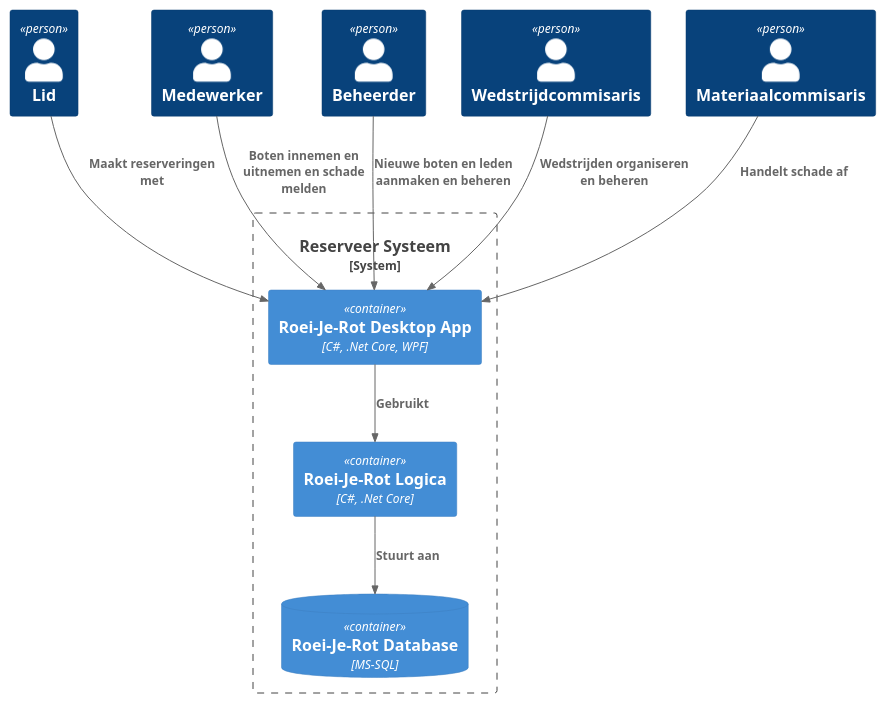
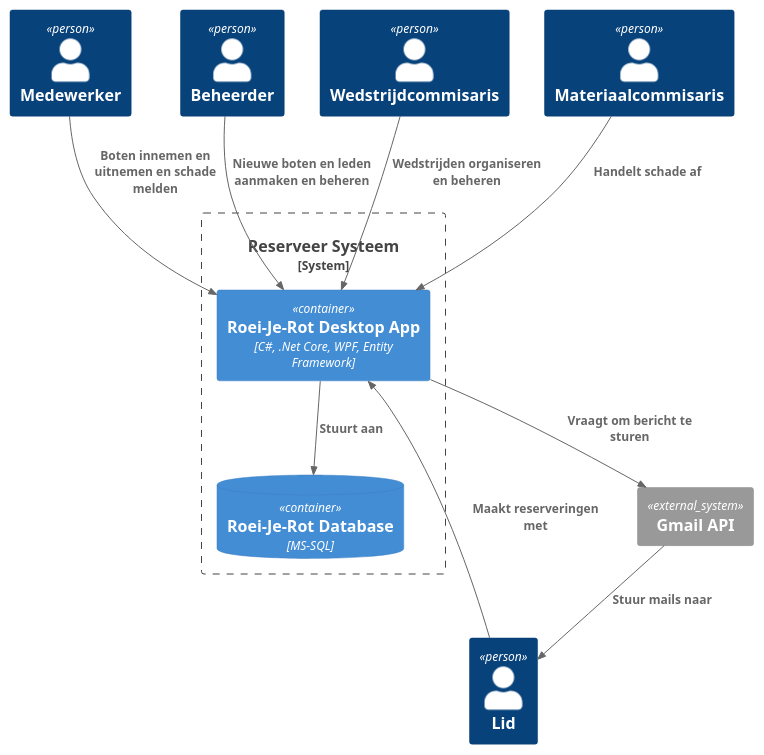
The diagram in Level-2.puml (KBS-Groep-4/tik-tok), drawn with PlantUML before and after one commit. The commit also changed 3 other files, not shown here.

```diff
--- a/Level-2.puml
+++ b/Level-2.puml
@@ -1,27 +1,30 @@
 @startuml naam
 !includeurl https://raw.githubusercontent.com/RicardoNiepel/C4-PlantUML/release/1-0/C4_Container.puml
 
 Person(lid, "Lid")
 Person(medewerker, "Medewerker")
 Person(beheerder, "Beheerder")
 Person(wedstrijdCom, "Wedstrijdcommisaris")
 Person(matCom, "Materiaalcommisaris")
 
 
 System_Boundary(reserveerSysteem, "Reserveer Systeem"){
-    Container(app, "Roei-Je-Rot Desktop App", "C#, .Net Core, WPF")   
-    Container(logic, "Roei-Je-Rot Logica", "C#, .Net Core")
+    Container(app, "Roei-Je-Rot Desktop App", "C#, .Net Core, WPF, Entity Framework")
     
     ContainerDb(db, "Roei-Je-Rot Database", "MS-SQL")
 
-    Rel(logic, db, "Stuurt aan")
-    Rel(app, logic, "Gebruikt")
+    Rel(app, db, "Stuurt aan")
 }
+
+System_Ext(mail, "Gmail API")
+Rel(app, mail, "Vraagt om bericht te sturen")
+Rel(mail, lid, "Stuur mails naar")
+
 
 Rel(lid, app, "Maakt reserveringen met")
 Rel(medewerker, app, "Boten innemen en uitnemen en schade melden")
 Rel(beheerder, app, "Nieuwe boten en leden aanmaken en beheren")
 Rel(wedstrijdCom, app, "Wedstrijden organiseren en beheren")
 Rel(matCom, app, "Handelt schade af")
 
 @enduml
```
